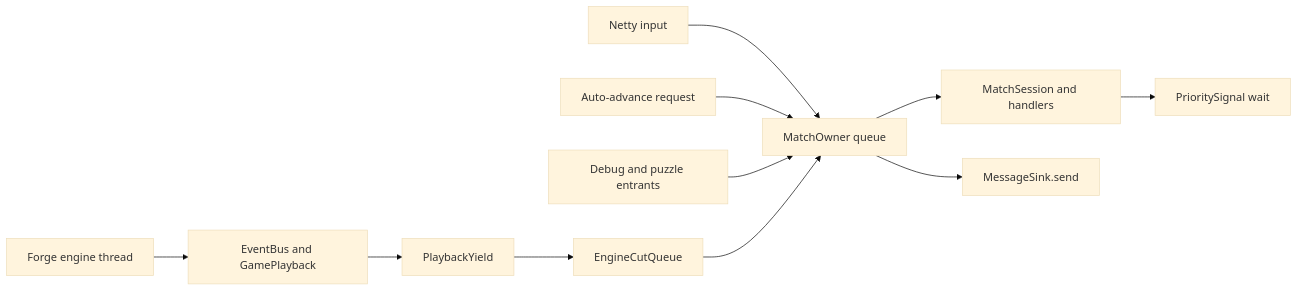
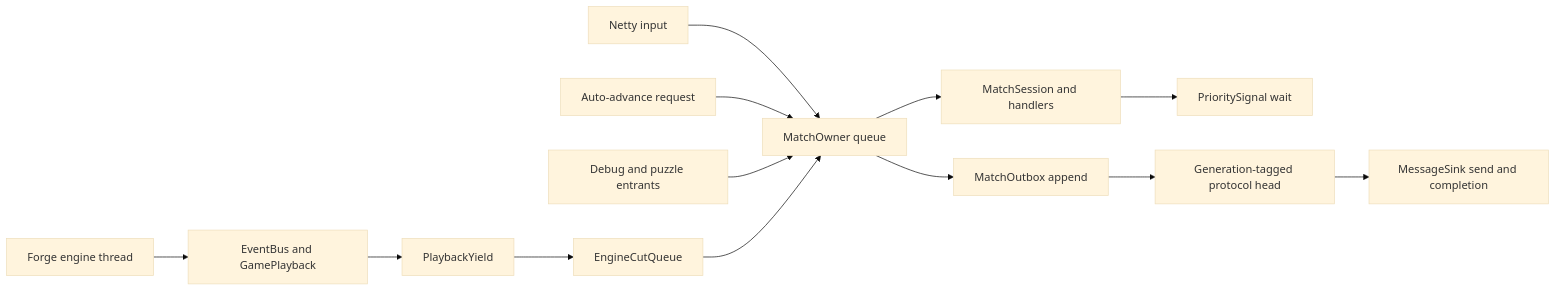
The first of 2 diagrams in docs/bridge-threading.md (delebedev/leyline), drawn with Mermaid (base theme) before and after one commit. The commit also changed other lines of this file and 27 other files, not shown here.

````diff
--- a/docs/bridge-threading.md
+++ b/docs/bridge-threading.md
@@ -102,14 +102,16 @@
 ```mermaid
 flowchart LR
     N[Netty input] --> OWNER[MatchOwner queue]
     A[Auto-advance request] --> OWNER
     D[Debug and puzzle entrants] --> OWNER
     OWNER --> MS[MatchSession and handlers]
     MS --> WAIT[PrioritySignal wait]
 
     E[Forge engine thread] --> EVT[EventBus and GamePlayback]
     EVT --> Y[PlaybackYield]
     Y --> CUT[EngineCutQueue]
     CUT --> OWNER
-    OWNER --> SEND[MessageSink.send]
+    OWNER --> OUTBOX[MatchOutbox append]
+    OUTBOX --> HEAD[Generation-tagged protocol head]
+    HEAD --> SEND[MessageSink send and completion]
 ```
````
